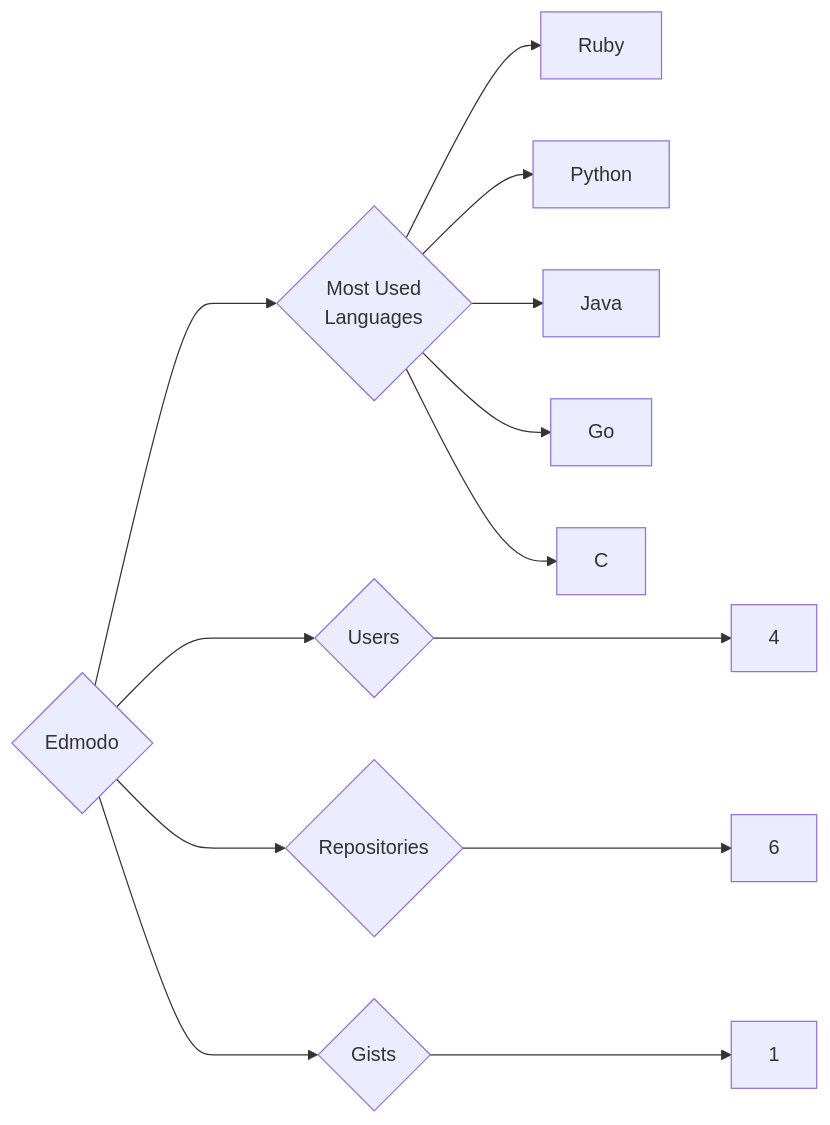
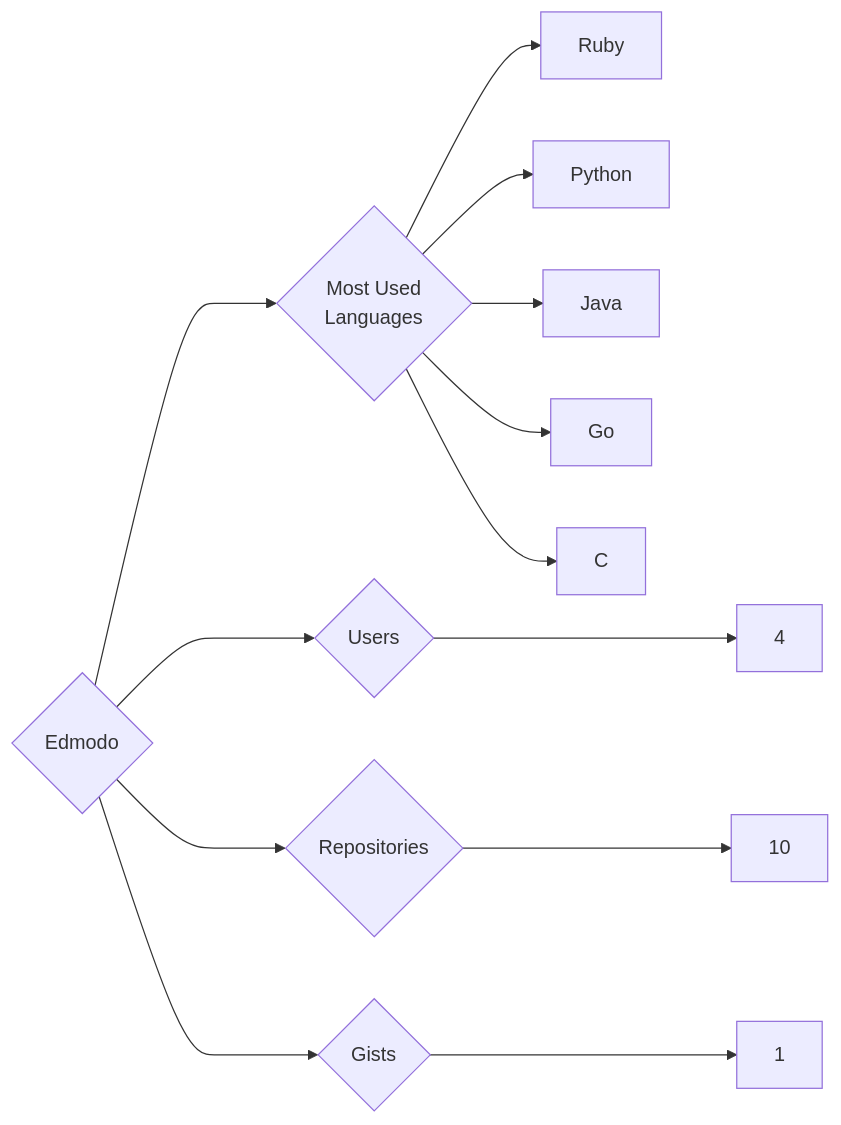
Before and after one commit to trickest/insiders: the diagram in targets/Edmodo/README.md, drawn with Mermaid. The commit also changed 699 other files, not shown here.

````diff
--- a/targets/Edmodo/README.md
+++ b/targets/Edmodo/README.md
@@ -3,13 +3,13 @@
 ```mermaid
 graph LR
 COMPANY_NAME{Edmodo}
 COMPANY_NAME ---> U{Users} ---> UN[4]
-COMPANY_NAME ---> R{Repositories} ---> RN[6]
+COMPANY_NAME ---> R{Repositories} ---> RN[10]
 COMPANY_NAME ---> G{Gists} ---> GN[1]
 COMPANY_NAME ---> ML{Most Used<br>Languages}
 ML --> Ruby[Ruby]
 ML --> Python[Python]
 ML --> Java[Java]
 ML --> Go[Go]
 ML --> C[C]
 ```
````
